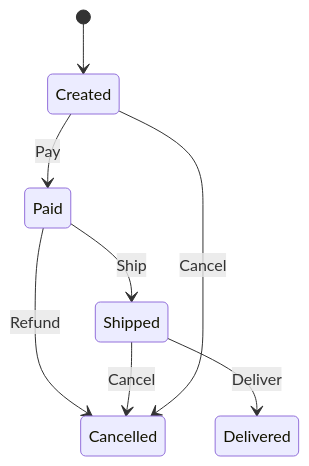
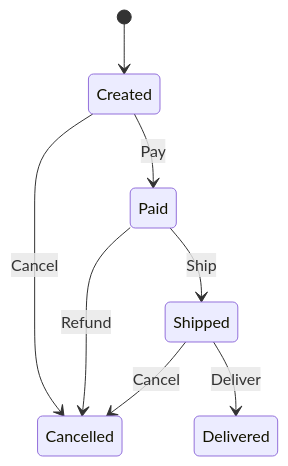
Before and after one commit to kookyleo/yasm: the diagram in examples/docs/order_state_machine.mermaid, drawn with Mermaid. The commit also changed other lines of this file and 6 other files, not shown here.

```diff
--- a/examples/docs/order_state_machine.mermaid
+++ b/examples/docs/order_state_machine.mermaid
@@ -1,8 +1,8 @@
 stateDiagram-v2
     [*] --> Created
-    Shipped --> Delivered : Deliver
-    Created --> Paid : Pay
-    Paid --> Cancelled : Refund
     Shipped --> Cancelled : Cancel
     Created --> Cancelled : Cancel
+    Paid --> Cancelled : Refund
+    Created --> Paid : Pay
     Paid --> Shipped : Ship
+    Shipped --> Delivered : Deliver
```
